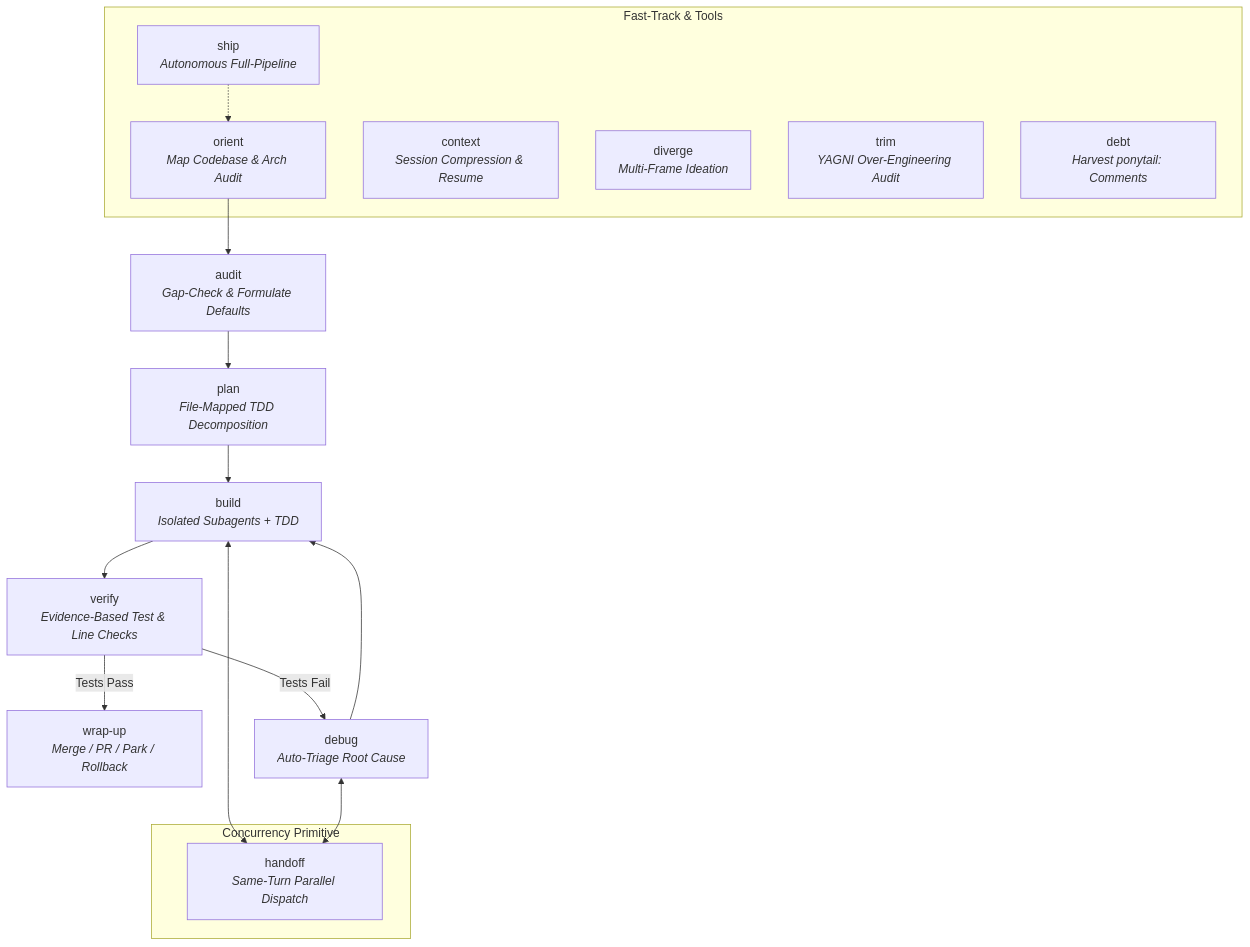
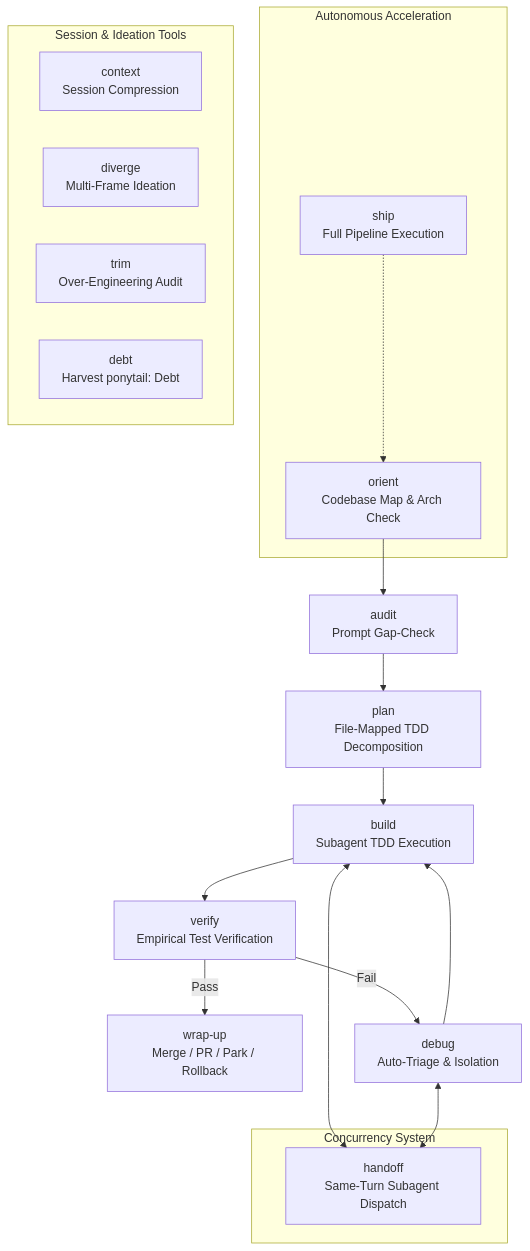
Before and after one commit to numairfm/ambrosia: the diagram in README.md, drawn with Mermaid. The commit also changed other lines of this file, not shown here.

````diff
--- a/README.md
+++ b/README.md
@@ -75,24 +77,27 @@
 ```mermaid
 flowchart TD
-    A[orient<br><i>Map Codebase & Arch Audit</i>] --> B[audit<br><i>Gap-Check & Formulate Defaults</i>]
-    B --> C[plan<br><i>File-Mapped TDD Decomposition</i>]
-    C --> D[build<br><i>Isolated Subagents + TDD</i>]
-    D --> E[verify<br><i>Evidence-Based Test & Line Checks</i>]
-    E -->|Tests Pass| F[wrap-up<br><i>Merge / PR / Park / Rollback</i>]
-    E -->|Tests Fail| G[debug<br><i>Auto-Triage Root Cause</i>]
+    A[orient<br>Codebase Map & Arch Check] --> B[audit<br>Prompt Gap-Check]
+    B --> C[plan<br>File-Mapped TDD Decomposition]
+    C --> D[build<br>Subagent TDD Execution]
+    D --> E[verify<br>Empirical Test Verification]
+    E -->|Pass| F[wrap-up<br>Merge / PR / Park / Rollback]
+    E -->|Fail| G[debug<br>Auto-Triage & Isolation]
     G --> D
 
-    subgraph Fast-Track & Tools
-        H[ship<br><i>Autonomous Full-Pipeline</i>] -.-> A
-        I[context<br><i>Session Compression & Resume</i>]
-        J[diverge<br><i>Multi-Frame Ideation</i>]
-        K[trim<br><i>YAGNI Over-Engineering Audit</i>]
-        L[debt<br><i>Harvest ponytail: Comments</i>]
+    subgraph Autonomous Acceleration
+        H[ship<br>Full Pipeline Execution] -.-> A
     end
 
-    subgraph Concurrency Primitive
-        M[handoff<br><i>Same-Turn Parallel Dispatch</i>]
+    subgraph Session & Ideation Tools
+        I[context<br>Session Compression]
+        J[diverge<br>Multi-Frame Ideation]
+        K[trim<br>Over-Engineering Audit]
+        L[debt<br>Harvest ponytail: Debt]
+    end
+
+    subgraph Concurrency System
+        M[handoff<br>Same-Turn Subagent Dispatch]
     end
     D <--> M
     G <--> M
 ```
````
